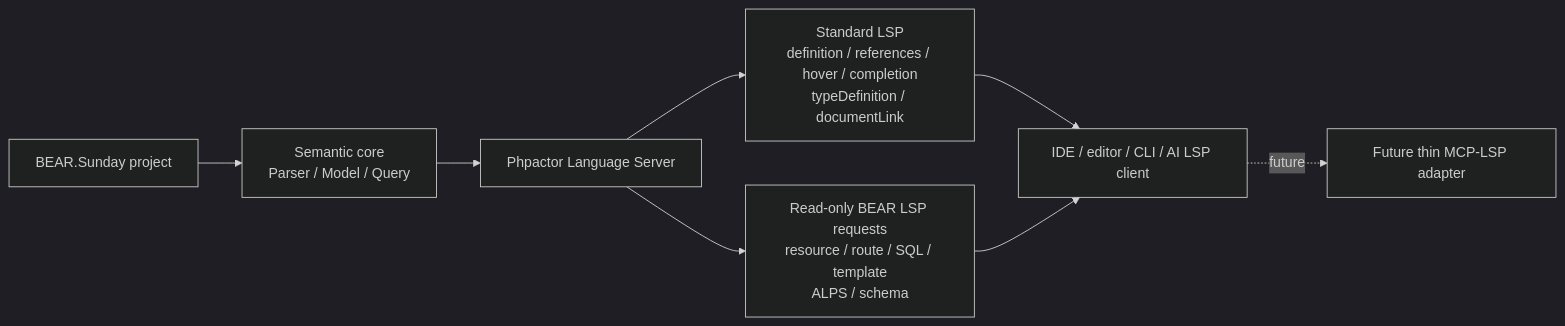
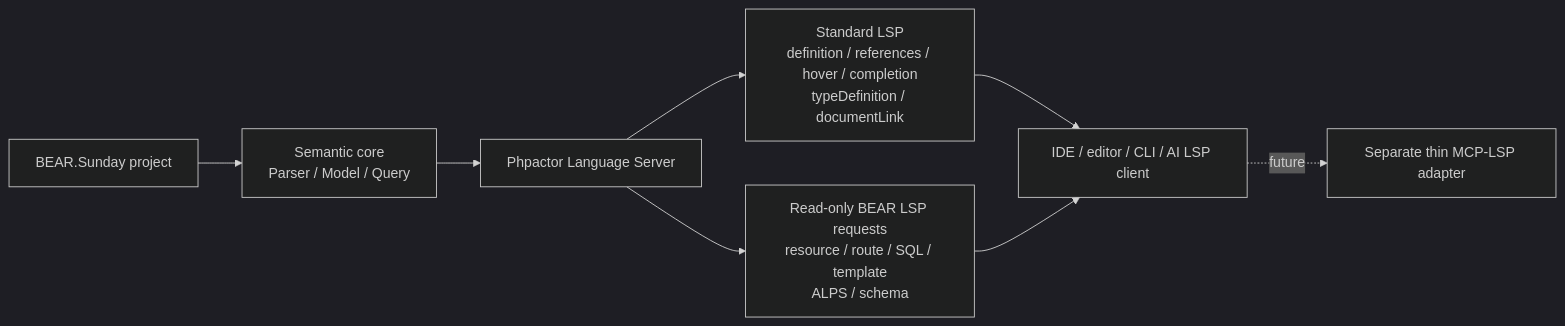
The first of 2 diagrams in docs/semantic-lsp-progress.ja.md (suzumaze/bear-phpactor-extension), drawn with Mermaid (dark theme) before and after one commit. The commit also changed other lines of this file and 21 other files, not shown here.

````diff
--- a/docs/semantic-lsp-progress.ja.md
+++ b/docs/semantic-lsp-progress.ja.md
@@ -10,15 +10,15 @@
 ```mermaid
 flowchart LR
     project["BEAR.Sunday project"]
     core["Semantic core\nParser / Model / Query"]
     phpactor["Phpactor Language Server"]
     standard["Standard LSP\ndefinition / references / hover / completion\ntypeDefinition / documentLink"]
     custom["Read-only BEAR LSP requests\nresource / route / SQL / template\nALPS / schema"]
     clients["IDE / editor / CLI / AI LSP client"]
-    mcp["Future thin MCP-LSP adapter"]
+    mcp["Separate thin MCP-LSP adapter"]
 
     project --> core --> phpactor
     phpactor --> standard --> clients
     phpactor --> custom --> clients
     clients -. future .-> mcp
 ```
````
